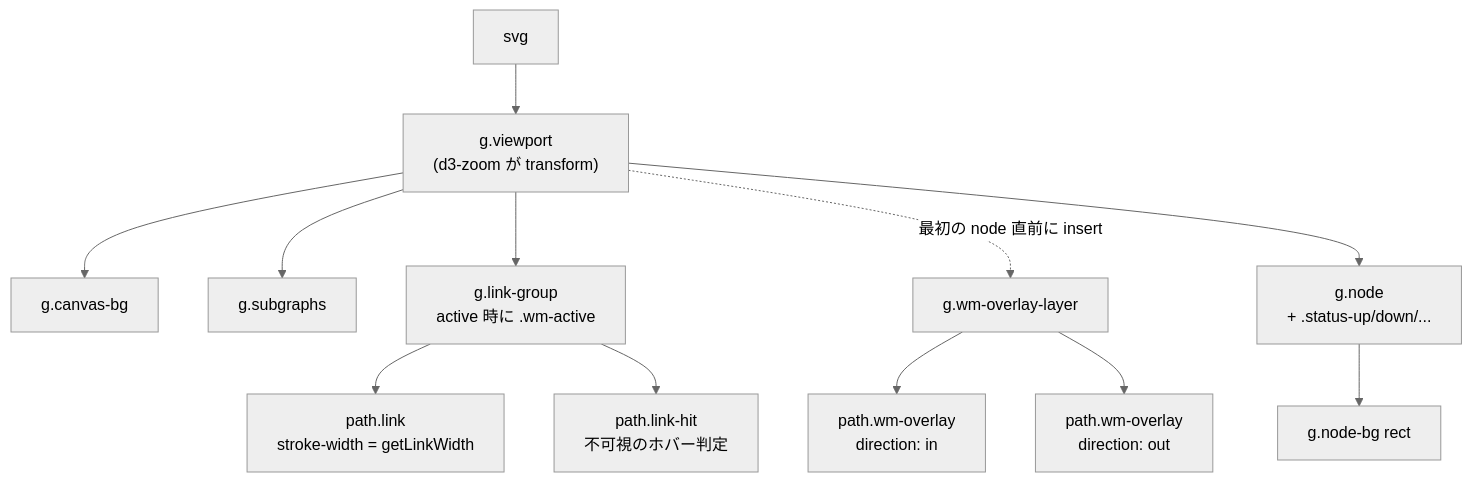
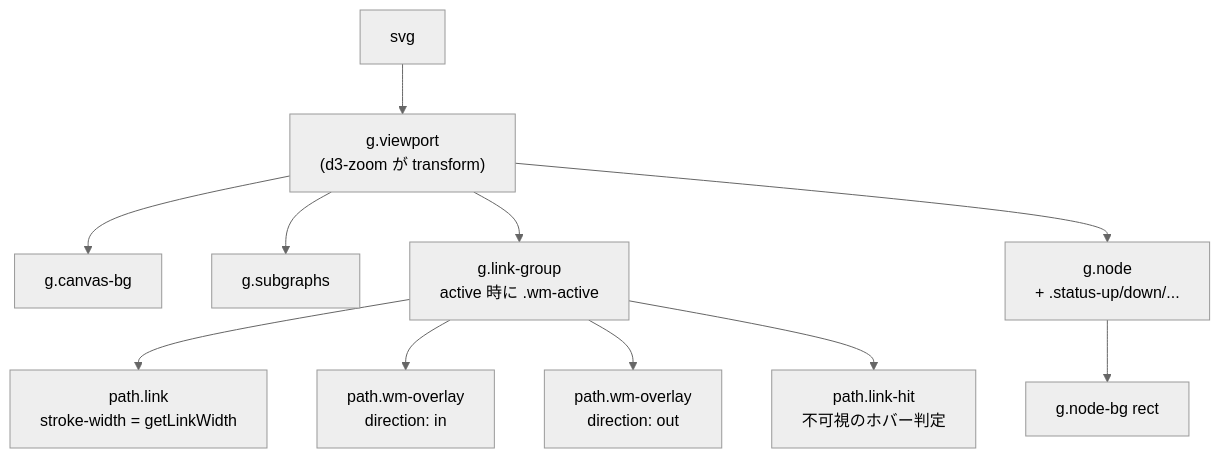
Before and after one commit to konoe-akitoshi/shumoku: the third of 6 diagrams in apps/server/docs/topology-rendering.md, drawn with Mermaid (neutral theme). The commit also changed other lines of this file and 18 other files, not shown here.

````diff
--- a/apps/server/docs/topology-rendering.md
+++ b/apps/server/docs/topology-rendering.md
@@ -155,27 +180,25 @@
 ```mermaid
 flowchart TD
   SVG["svg"]
   VP["g.viewport<br/>(d3-zoom が transform)"]
   CBG["g.canvas-bg"]
   SGS["g.subgraphs"]
   LG["g.link-group<br/>active 時に .wm-active"]
   LK["path.link<br/>stroke-width = getLinkWidth"]
   LH["path.link-hit<br/>不可視のホバー判定"]
-  WML["g.wm-overlay-layer"]
   IN["path.wm-overlay<br/>direction: in"]
   OUT["path.wm-overlay<br/>direction: out"]
   N["g.node<br/>+ .status-up/down/..."]
   NB["g.node-bg rect"]
 
   SVG --> VP
   VP --> CBG
   VP --> SGS
   VP --> LG
   LG --> LK
+  LG --> IN
+  LG --> OUT
   LG --> LH
-  VP -. 最初の node 直前に insert .-> WML
-  WML --> IN
-  WML --> OUT
   VP --> N
   N --> NB
 ```
````
